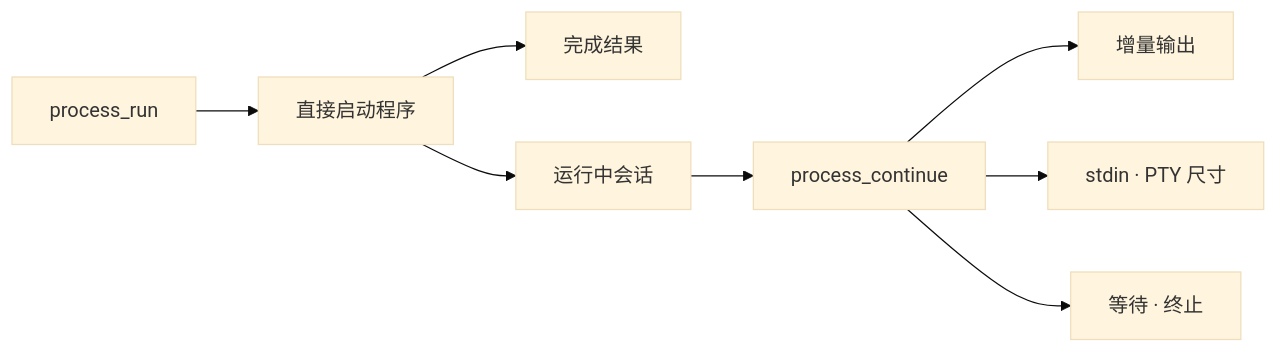
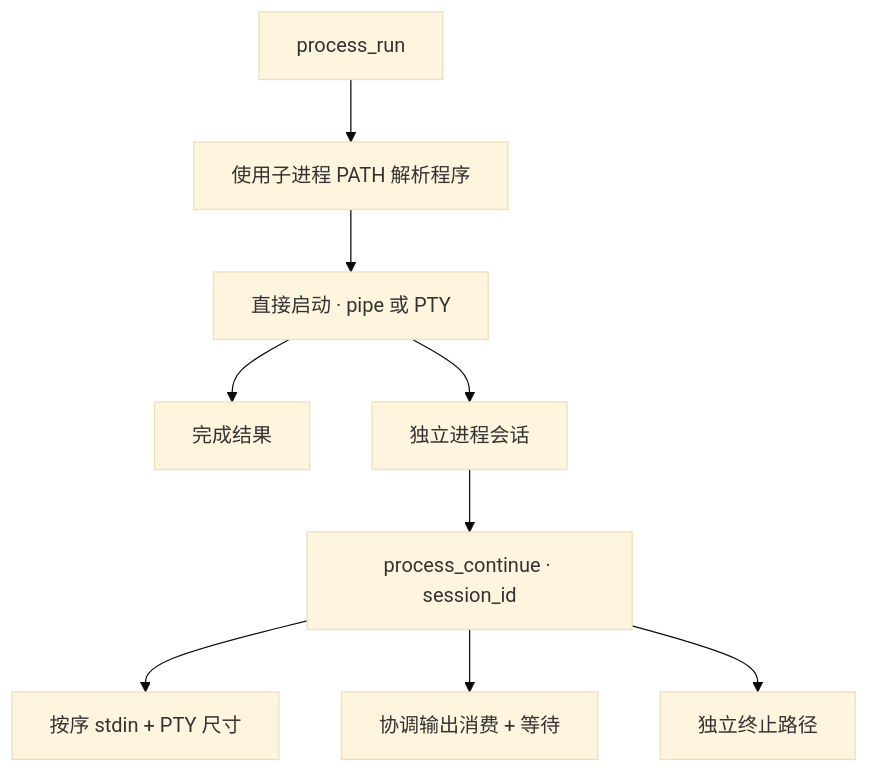
Before and after one commit to hicancan/local-runtime-mcp: the third of 7 diagrams in README.zh-CN.md, drawn with Mermaid (base theme). The commit also changed other lines of this file and 65 other files, not shown here.

````diff
--- a/README.zh-CN.md
+++ b/README.zh-CN.md
@@ -154,10 +125,11 @@
 ```mermaid
-flowchart LR
-    RUN[process_run] --> START[直接启动程序]
-    START --> COMPLETE[完成结果]
-    START --> SESSION[运行中会话]
-    SESSION --> CONTINUE[process_continue]
-    CONTINUE --> STREAM[增量输出]
-    CONTINUE --> INPUT[stdin · PTY 尺寸]
-    CONTINUE --> LIFE[等待 · 终止]
+flowchart TB
+    Run[process_run] --> Resolve[使用子进程 PATH 解析程序]
+    Resolve --> Launch[直接启动 · pipe 或 PTY]
+    Launch --> Final[完成结果]
+    Launch --> Sessions[独立进程会话]
+    Sessions --> Continue[process_continue · session_id]
+    Continue --> Input[按序 stdin + PTY 尺寸]
+    Continue --> Output[协调输出消费 + 等待]
+    Continue --> Stop[独立终止路径]
 ```
````
